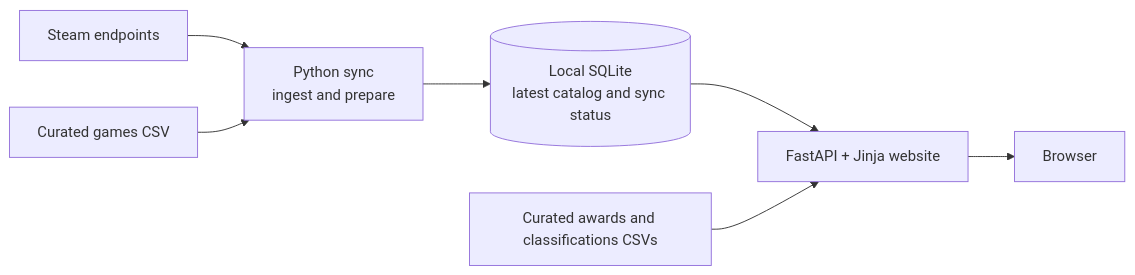
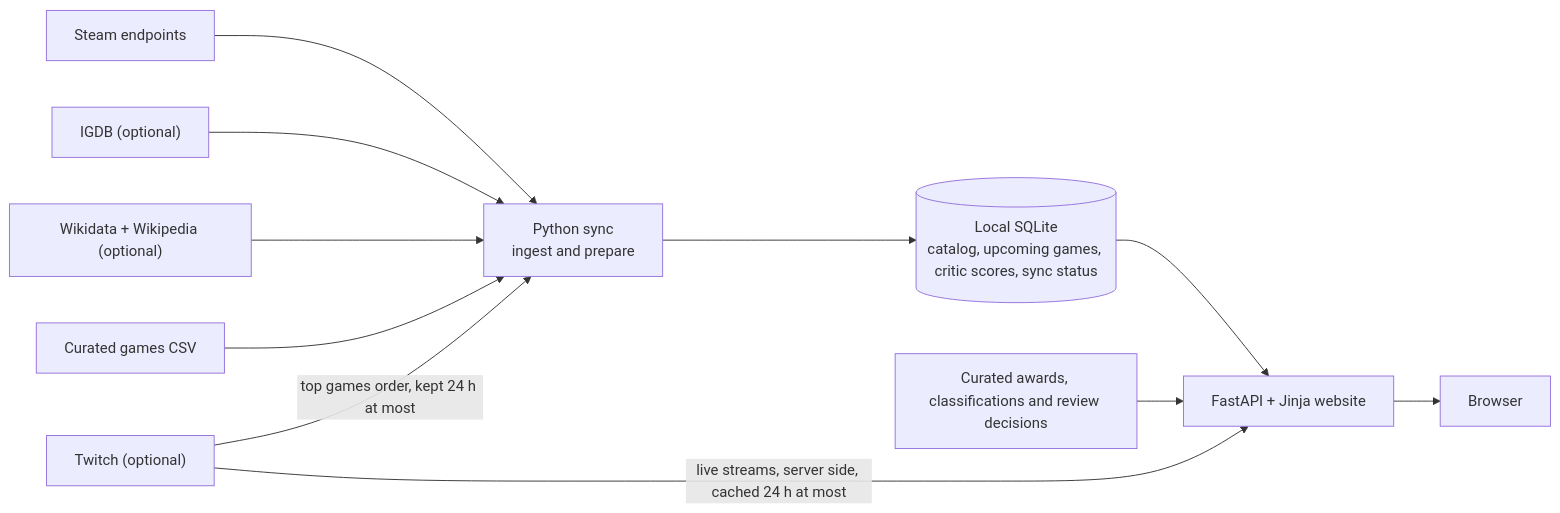
The first of 2 diagrams in README.md (scottphung/game-librarian), drawn with Mermaid before and after one commit. The commit also changed other lines of this file and 83 other files, not shown here.

````diff
--- a/README.md
+++ b/README.md
@@ -606,9 +1576,13 @@
 ```mermaid
 flowchart LR
     Steam["Steam endpoints"] --> Sync["Python sync<br/>ingest and prepare"]
+    IGDB["IGDB (optional)"] --> Sync
+    Wiki["Wikidata + Wikipedia (optional)"] --> Sync
     Games["Curated games CSV"] --> Sync
-    Sync --> DB[("Local SQLite<br/>latest catalog and sync status")]
+    Sync --> DB[("Local SQLite<br/>catalog, upcoming games, critic scores, sync status")]
     DB --> Web["FastAPI + Jinja website"]
-    Curated["Curated awards and classifications CSVs"] --> Web
+    Curated["Curated awards, classifications and review decisions"] --> Web
+    Twitch["Twitch (optional)"] -->|"top games order, kept 24 h at most"| Sync
+    Twitch -->|"live streams, server side, cached 24 h at most"| Web
     Web --> Browser["Browser"]
 ```
````
